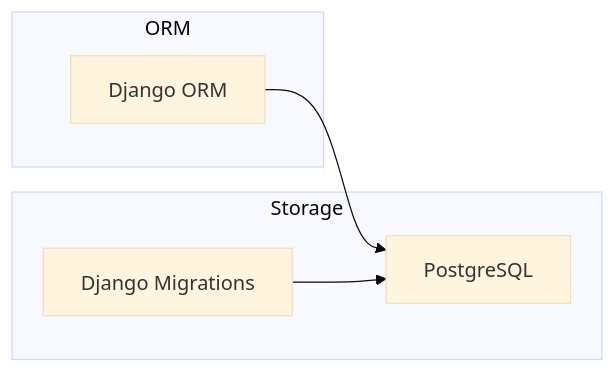
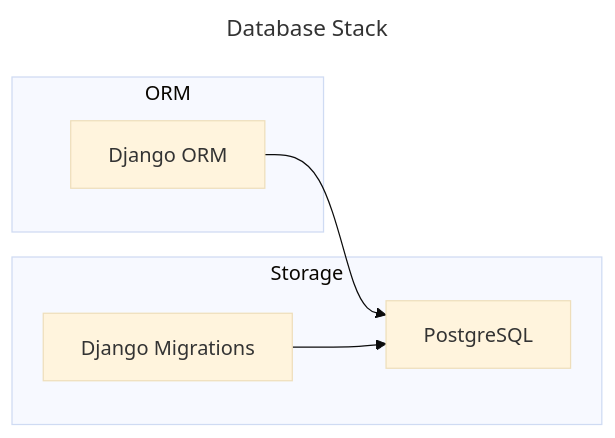
Before and after one commit to RebelliousSmile/suddenly: the first of 2 diagrams in aidd_docs/memory/internal/DATABASE.md, drawn with Mermaid (base theme). The commit also changed other lines of this file and 15 other files, not shown here.

First line of the commit message:
docs(memory): update memory bank with federation flows

````diff
--- a/aidd_docs/memory/internal/DATABASE.md
+++ b/aidd_docs/memory/internal/DATABASE.md
@@ -7,12 +7,15 @@
 ```mermaid
+---
+title: Database Stack
+---
 flowchart LR
     subgraph "ORM"
         Django["Django ORM"]
     end
     subgraph "Storage"
         PG["PostgreSQL"]
         Migration["Django Migrations"]
     end
     Django --> PG
     Migration --> PG
 ```
````
